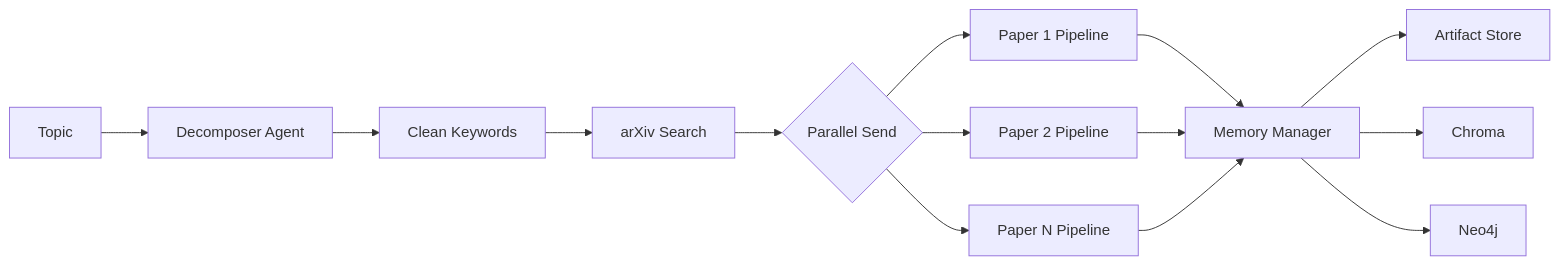
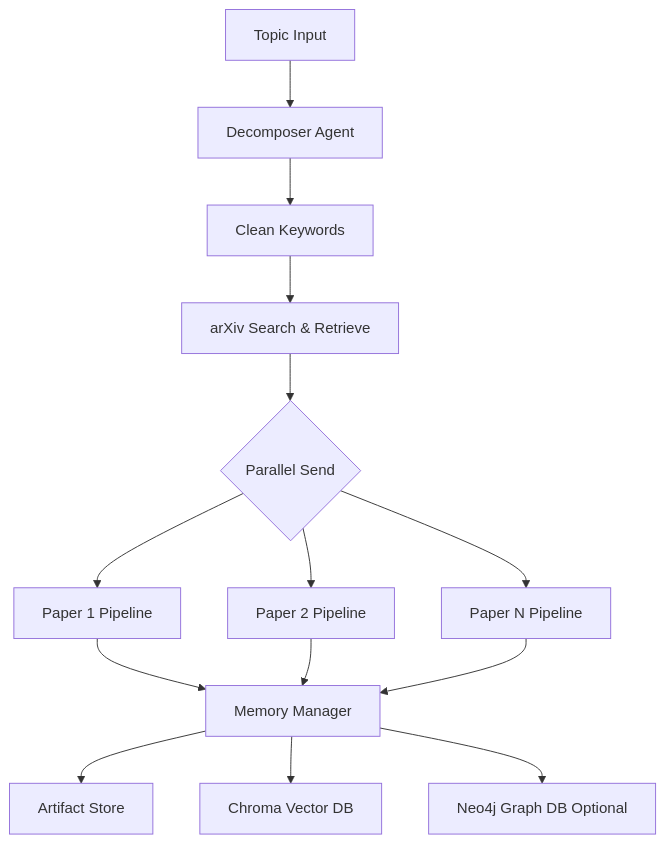
One commit to venkatpachala/Autonomous_Reasearch_Agent changed the first of 2 diagrams in README.md. Above: the diagram before and after it, drawn with Mermaid. The commit also changed other lines of this file and 1 other file, not shown here.

````diff
--- a/README.md
+++ b/README.md
@@ -260,14 +58,14 @@
 ```mermaid
-flowchart LR
-    A[Topic] --> B[Decomposer Agent]
+flowchart TD
+    A[Topic Input] --> B[Decomposer Agent]
     B --> C[Clean Keywords]
-    C --> D[arXiv Search]
+    C --> D[arXiv Search & Retrieve]
     D --> E{Parallel Send}
     E --> F1[Paper 1 Pipeline]
     E --> F2[Paper 2 Pipeline]
     E --> F3[Paper N Pipeline]
     F1 & F2 & F3 --> G[Memory Manager]
     G --> H[Artifact Store]
-    G --> I[Chroma]
-    G --> J[Neo4j]
+    G --> I[Chroma Vector DB]
+    G --> J[Neo4j Graph DB Optional]
 ```
````
